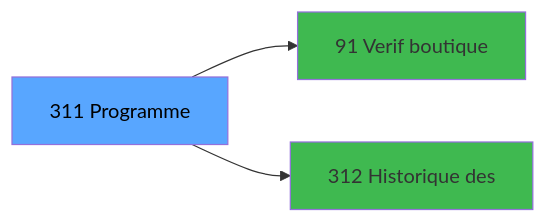
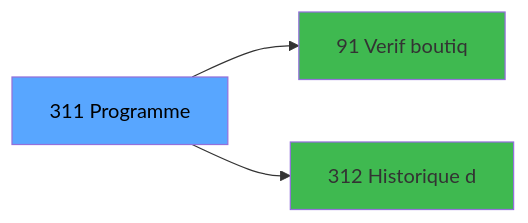
The third of 3 diagrams in .openspec/specs/ADH-IDE-311.md (thonyAGP/magic-migration), drawn with Mermaid before and after one commit. The commit also changed other lines of this file and 323 other files, not shown here.

````diff
--- a/.openspec/specs/ADH-IDE-311.md
+++ b/.openspec/specs/ADH-IDE-311.md
@@ -141,11 +166,11 @@
 ```mermaid
 graph LR
     T[311 Programme]
-    C91[91 Verif boutique]
+    C91[91 Verif boutiq]
     T --> C91
-    C312[312 Historique des ]
+    C312[312 Historique d]
     T --> C312
     style T fill:#58a6ff,color:#000
     style C91 fill:#3fb950
     style C312 fill:#3fb950
 ```
````
